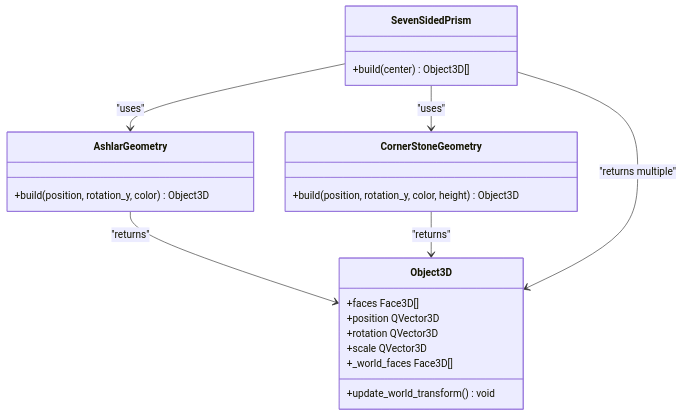
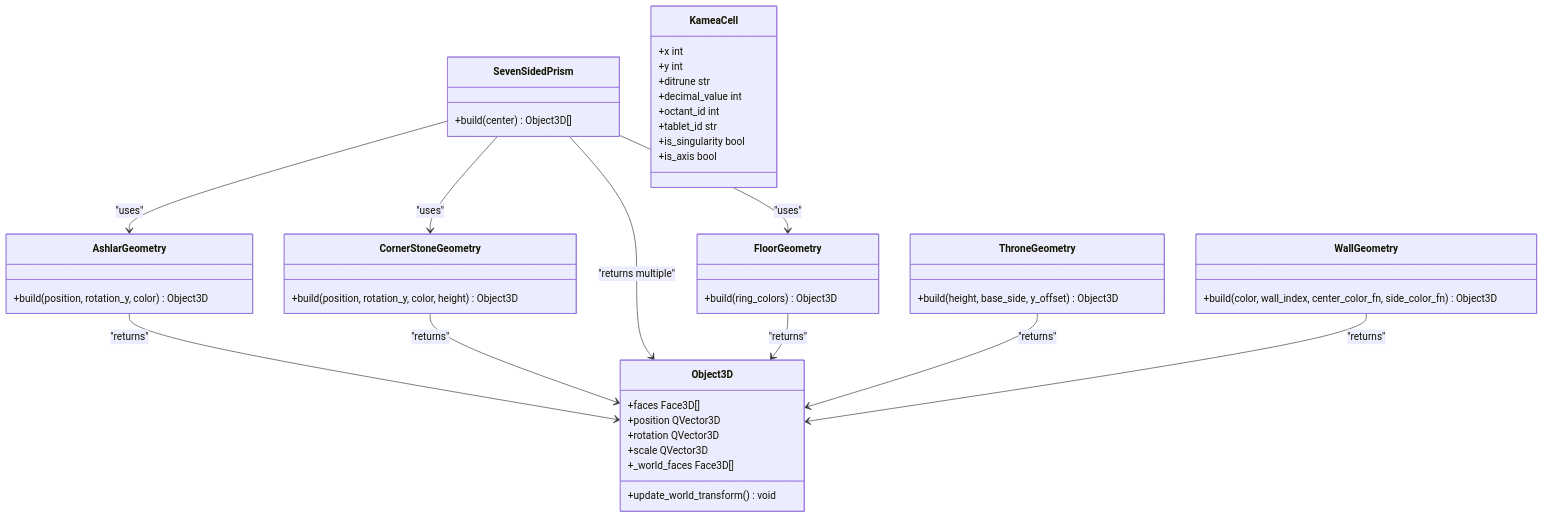
One commit to TheDaniel166/IsopGem changed the sixth of 10 diagrams in .qoder/repowiki/en/content/Architecture Overview/Pillar-Based Architecture/Adyton Pillar/Adyton Pillar.md. Above: the diagram before and after it, drawn with Mermaid. The commit also changed other lines of this file and 29 other files, not shown here.

````diff
--- a/.qoder/repowiki/en/content/Architecture Overview/Pillar-Based Architecture/Adyton Pillar/Adyton Pillar.md
+++ b/.qoder/repowiki/en/content/Architecture Overview/Pillar-Based Architecture/Adyton Pillar/Adyton Pillar.md
@@ -287,25 +423,48 @@
 ```mermaid
 classDiagram
 class AshlarGeometry {
 +build(position, rotation_y, color) Object3D
 }
 class CornerStoneGeometry {
 +build(position, rotation_y, color, height) Object3D
 }
 class SevenSidedPrism {
 +build(center) Object3D[]
+}
+class FloorGeometry {
++build(ring_colors) Object3D
+}
+class ThroneGeometry {
++build(height, base_side, y_offset) Object3D
+}
+class WallGeometry {
++build(color, wall_index, center_color_fn, side_color_fn) Object3D
+}
+class KameaCell {
++x int
++y int
++ditrune str
++decimal_value int
++octant_id int
++tablet_id str
++is_singularity bool
++is_axis bool
 }
 class Object3D {
 +faces Face3D[]
 +position QVector3D
 +rotation QVector3D
 +scale QVector3D
 +_world_faces Face3D[]
 +update_world_transform() void
 }
 AshlarGeometry --> Object3D : "returns"
 CornerStoneGeometry --> Object3D : "returns"
 SevenSidedPrism --> Object3D : "returns multiple"
+FloorGeometry --> Object3D : "returns"
+ThroneGeometry --> Object3D : "returns"
+WallGeometry --> Object3D : "returns"
 SevenSidedPrism --> AshlarGeometry : "uses"
 SevenSidedPrism --> CornerStoneGeometry : "uses"
+SevenSidedPrism --> FloorGeometry : "uses"
 ```
````
